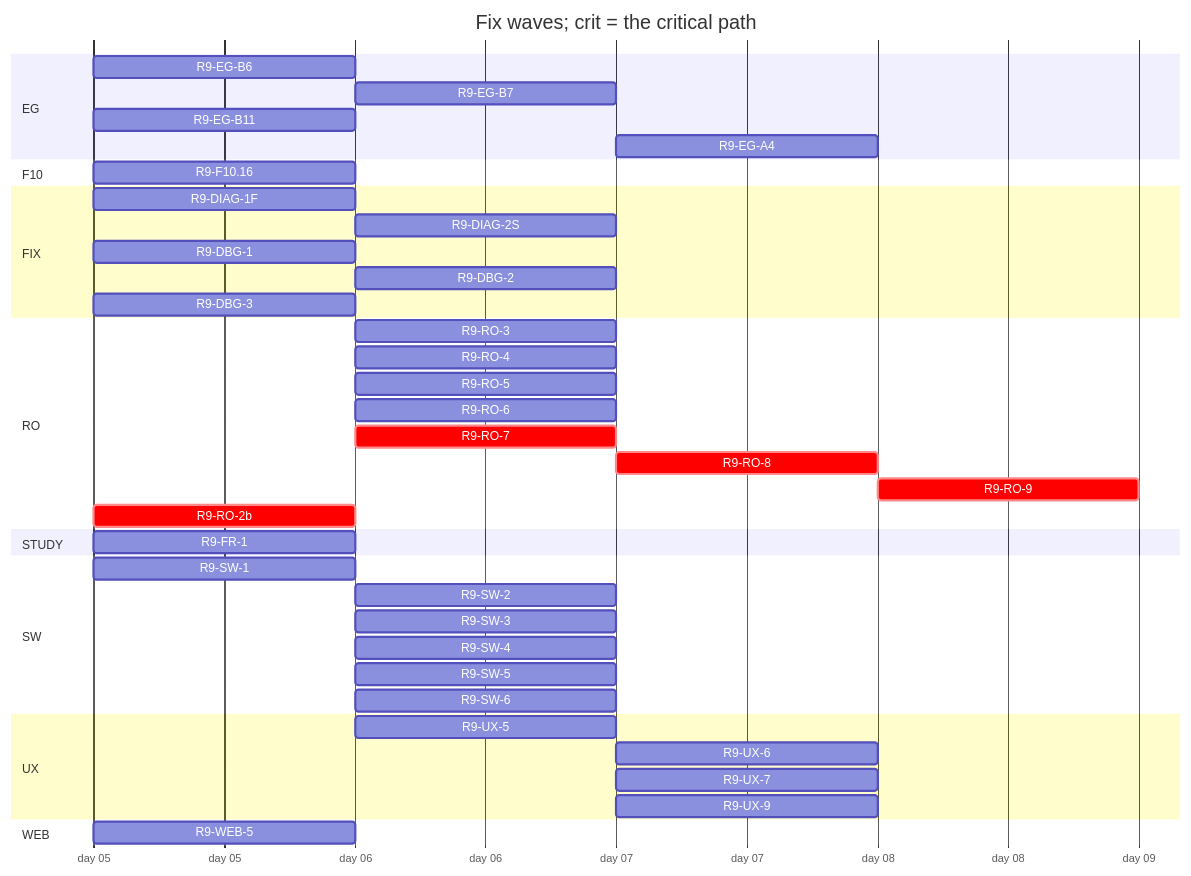
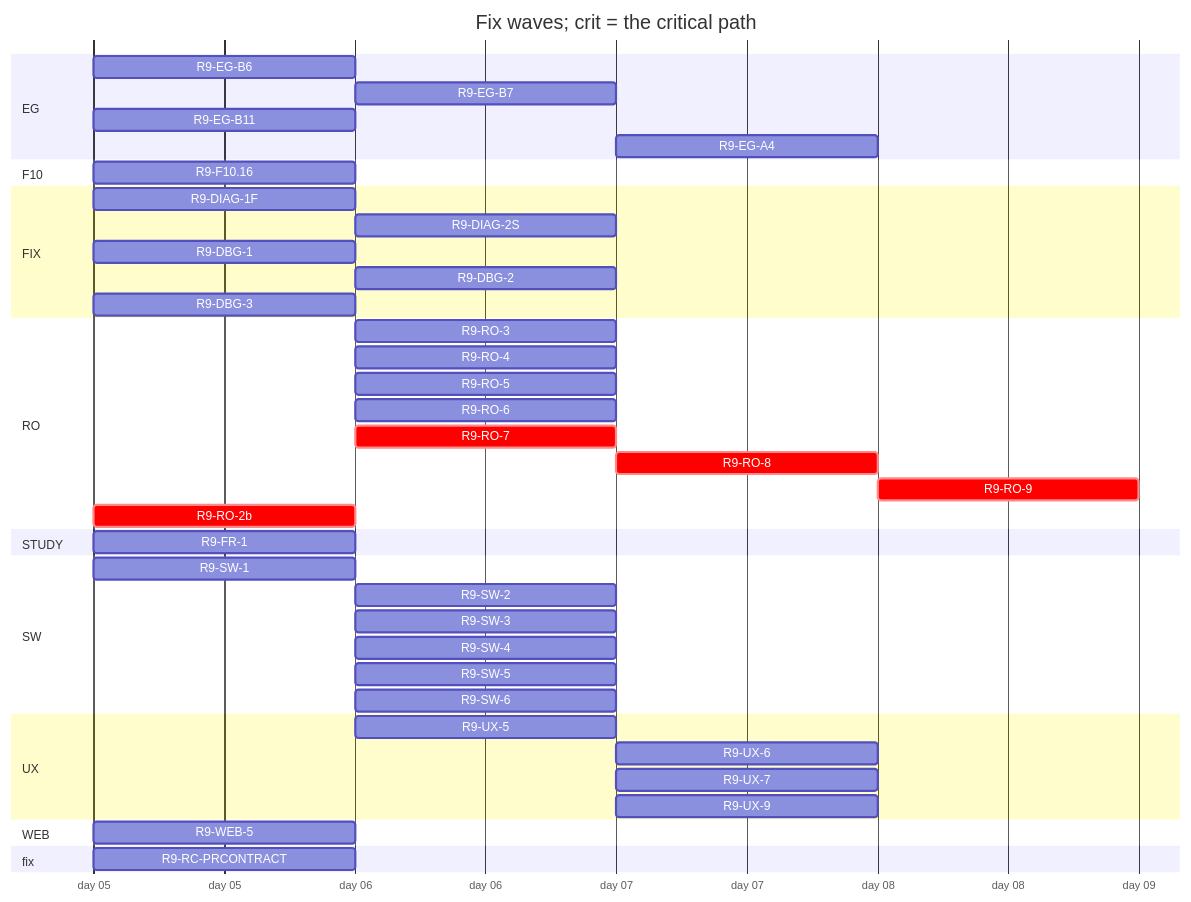
The diagram in handoff/round9/state/PLAN-TABLE.md (tvofi/heatpump_optimizer), drawn with Mermaid before and after one commit. The commit also changed other lines of this file and 2 other files, not shown here.

Commit message:
state: R9-RC-PRCONTRACT folded into the roster; resume regenerated

````diff
--- a/handoff/round9/state/PLAN-TABLE.md
+++ b/handoff/round9/state/PLAN-TABLE.md
@@ -21,44 +22,46 @@
 ```mermaid
 gantt
   title Fix waves; crit = the critical path
   dateFormat YYYY-MM-DD
   axisFormat day %d
   section EG
     R9-EG-B6 :r9EGB6, 2026-01-05, 1d
     R9-EG-B7 :r9EGB7, after r9EGB6, 1d
     R9-EG-B11 :r9EGB11, 2026-01-05, 1d
     R9-EG-A4 :r9EGA4, after r9EGB7 r9EGB11, 1d
   section F10
     R9-F10.16 :r9F1016, 2026-01-05, 1d
   section FIX
     R9-DIAG-1F :r9DIAG1F, 2026-01-05, 1d
     R9-DIAG-2S :r9DIAG2S, after r9DIAG1F, 1d
     R9-DBG-1 :r9DBG1, 2026-01-05, 1d
     R9-DBG-2 :r9DBG2, after r9DBG1, 1d
     R9-DBG-3 :r9DBG3, 2026-01-05, 1d
   section RO
     R9-RO-3 :r9RO3, after r9RO2b, 1d
     R9-RO-4 :r9RO4, after r9RO2b, 1d
     R9-RO-5 :r9RO5, after r9RO2b, 1d
     R9-RO-6 :r9RO6, after r9RO2b, 1d
     R9-RO-7 :crit, r9RO7, after r9RO2b, 1d
     R9-RO-8 :crit, r9RO8, after r9RO2b r9RO7, 1d
     R9-RO-9 :crit, r9RO9, after r9RO3 r9RO4 r9RO5 r9RO6 r9RO8 r9EGA4 r9SW4 r9UX5 r9UX6 r9UX7, 1d
     R9-RO-2b :crit, r9RO2b, 2026-01-05, 1d
   section STUDY
     R9-FR-1 :r9FR1, 2026-01-05, 1d
   section SW
     R9-SW-1 :r9SW1, 2026-01-05, 1d
     R9-SW-2 :r9SW2, after r9SW1 r9EGB6, 1d
     R9-SW-3 :r9SW3, after r9SW1, 1d
     R9-SW-4 :r9SW4, after r9SW1, 1d
     R9-SW-5 :r9SW5, after r9EGB6, 1d
     R9-SW-6 :r9SW6, after r9SW1, 1d
   section UX
     R9-UX-5 :r9UX5, after r9EGB6 r9SW1, 1d
     R9-UX-6 :r9UX6, after r9EGB7 r9EGB11 r9UX5, 1d
     R9-UX-7 :r9UX7, after r9EGB6 r9EGB11 r9UX5, 1d
     R9-UX-9 :r9UX9, after r9SW6, 1d
   section WEB
     R9-WEB-5 :r9WEB5, 2026-01-05, 1d
+  section fix
+    R9-RC-PRCONTRACT :r9RCPRCONTRACT, 2026-01-05, 1d
 ```
````
